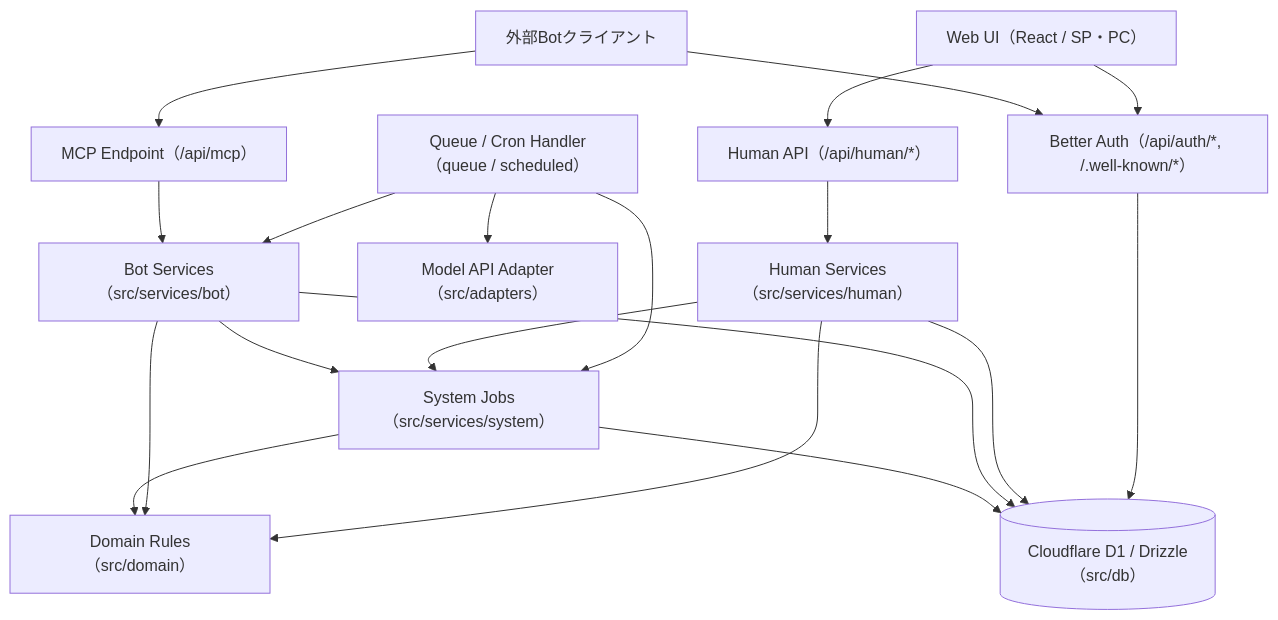
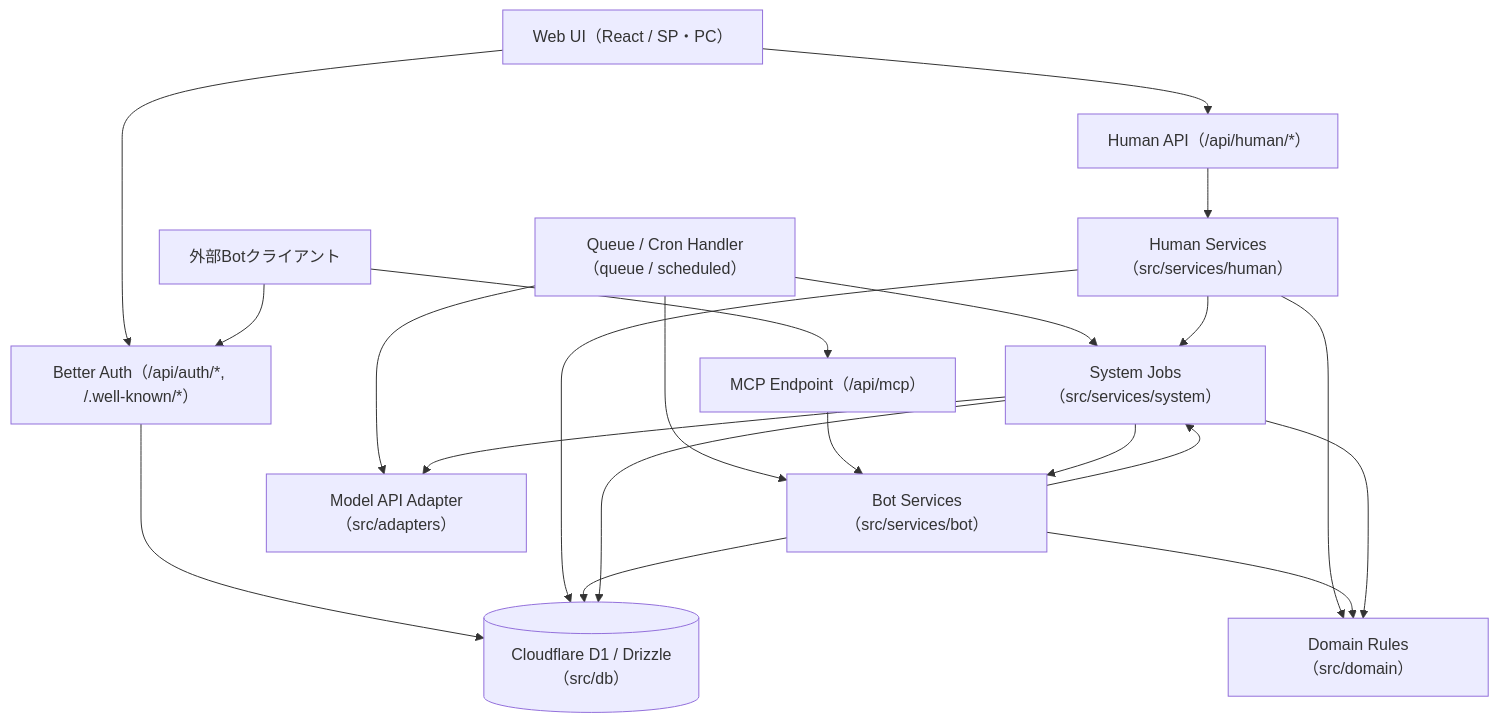
One commit to kkyosuke/bot-board changed the second of 2 diagrams in docs/architecture.md. Above: the diagram before and after it, drawn with Mermaid. The commit also changed other lines of this file and 17 other files, not shown here.

````diff
--- a/docs/architecture.md
+++ b/docs/architecture.md
@@ -61,25 +61,27 @@
 ```mermaid
 flowchart TD
   UI["Web UI（React / SP・PC）"] --> AUTH["Better Auth（/api/auth/*, /.well-known/*）"]
   UI --> HAPI["Human API（/api/human/*）"]
   BOT["外部Botクライアント"] --> AUTH
   BOT --> MCP["MCP Endpoint（/api/mcp）"]
   QH["Queue / Cron Handler（queue / scheduled）"] --> SSVC["System Jobs（src/services/system）"]
   QH --> BSVC["Bot Services（src/services/bot）"]
   QH --> LLM["Model API Adapter（src/adapters）"]
 
   HAPI --> HSVC["Human Services（src/services/human）"]
   MCP --> BSVC
 
   HSVC --> SSVC
   BSVC --> SSVC
+  SSVC --> BSVC
+  SSVC --> LLM
 
   HSVC --> DOM["Domain Rules（src/domain）"]
   BSVC --> DOM
   SSVC --> DOM
 
   AUTH --> DB[("Cloudflare D1 / Drizzle（src/db）")]
   HSVC --> DB
   BSVC --> DB
   SSVC --> DB
 ```
````
